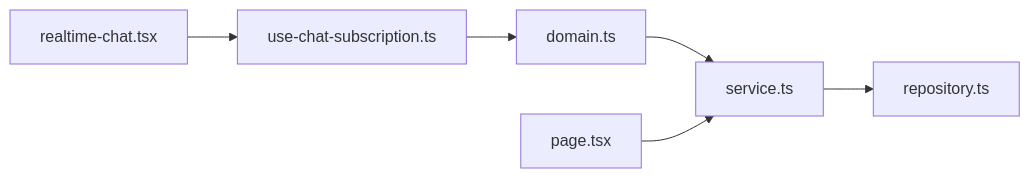
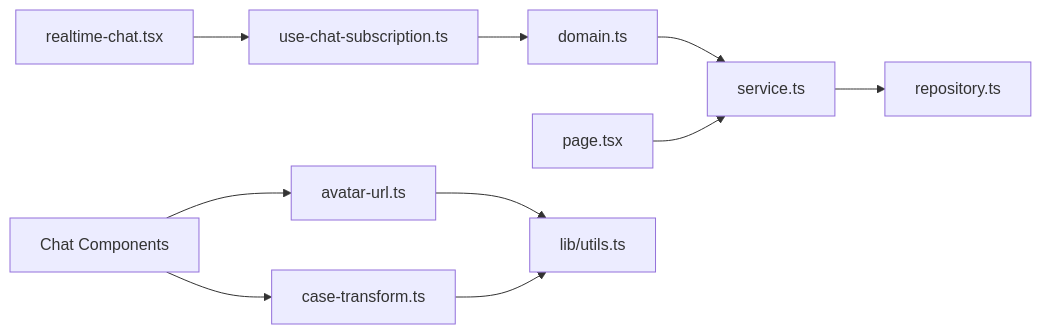
The sixth of 6 diagrams in .qoder/repowiki/en/content/Real-time Features/Chat System.md (SinesysTech/zattar-os), drawn with Mermaid before and after one commit. The commit also changed other lines of this file and 103 other files, not shown here.

````diff
--- a/.qoder/repowiki/en/content/Real-time Features/Chat System.md
+++ b/.qoder/repowiki/en/content/Real-time Features/Chat System.md
@@ -346,8 +459,12 @@
 ```mermaid
 graph LR
 Domain["domain.ts"] --> Service["service.ts"]
 Service --> Repo["repository.ts"]
 Page["page.tsx"] --> Service
 Hook["use-chat-subscription.ts"] --> Domain
 RTComp["realtime-chat.tsx"] --> Hook
+Components["Chat Components"] --> AvatarUtils["avatar-url.ts"]
+Components --> CaseUtils["case-transform.ts"]
+AvatarUtils --> Utils["lib/utils.ts"]
+CaseUtils --> Utils
 ```
````
